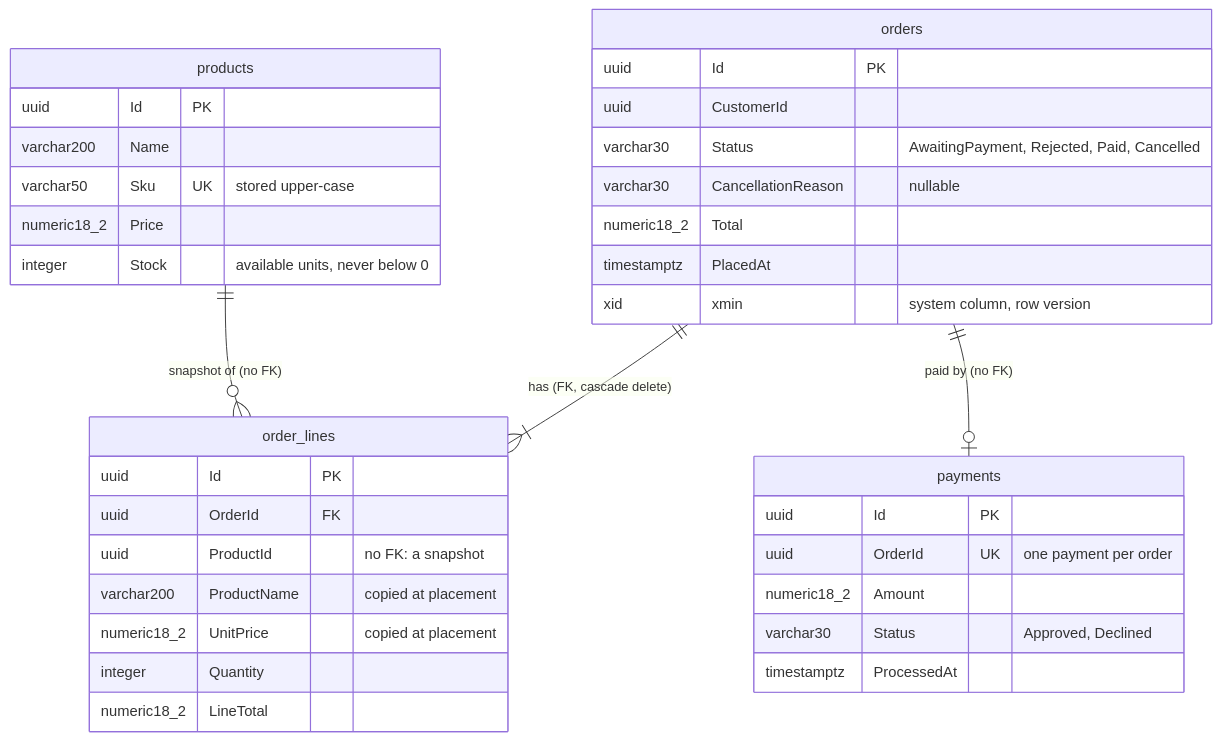
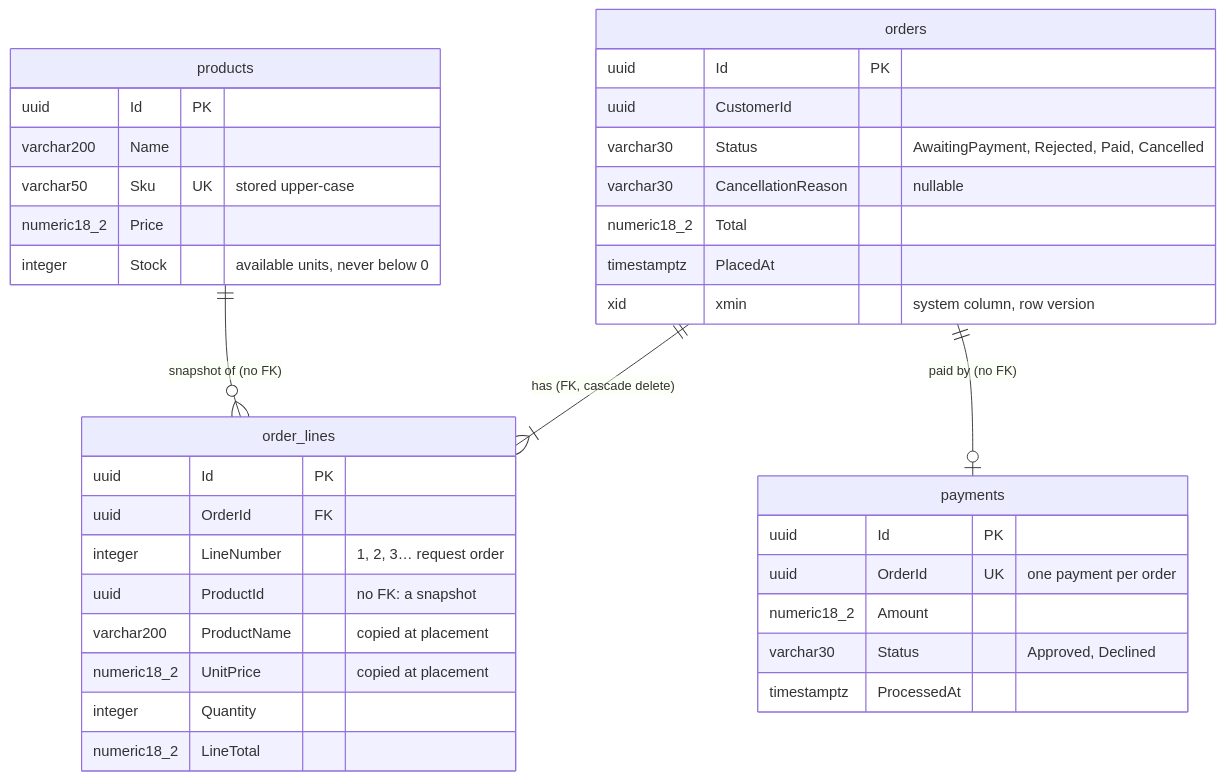
Before and after one commit to Anakku-Shell/architecture-playground: the third of 9 diagrams in docs/ARCHITECTURE_GUIDE.md, drawn with Mermaid. The commit also changed other lines of this file and 64 other files, not shown here.

First line of the commit message:
feat(clean): refactor the shop to clean/hexagonal architecture with a rich domain

````diff
--- a/docs/ARCHITECTURE_GUIDE.md
+++ b/docs/ARCHITECTURE_GUIDE.md
@@ -640,38 +649,39 @@
 ```mermaid
 erDiagram
     products {
         uuid Id PK
         varchar200 Name
         varchar50 Sku UK "stored upper-case"
         numeric18_2 Price
         integer Stock "available units, never below 0"
     }
     orders {
         uuid Id PK
         uuid CustomerId
         varchar30 Status "AwaitingPayment, Rejected, Paid, Cancelled"
         varchar30 CancellationReason "nullable"
         numeric18_2 Total
         timestamptz PlacedAt
         xid xmin "system column, row version"
     }
     order_lines {
         uuid Id PK
         uuid OrderId FK
+        integer LineNumber "1, 2, 3… request order"
         uuid ProductId "no FK: a snapshot"
         varchar200 ProductName "copied at placement"
         numeric18_2 UnitPrice "copied at placement"
         integer Quantity
         numeric18_2 LineTotal
     }
     payments {
         uuid Id PK
         uuid OrderId UK "one payment per order"
         numeric18_2 Amount
         varchar30 Status "Approved, Declined"
         timestamptz ProcessedAt
     }
     orders ||--|{ order_lines : "has (FK, cascade delete)"
     orders ||--o| payments : "paid by (no FK)"
     products ||--o{ order_lines : "snapshot of (no FK)"
 ```
````
